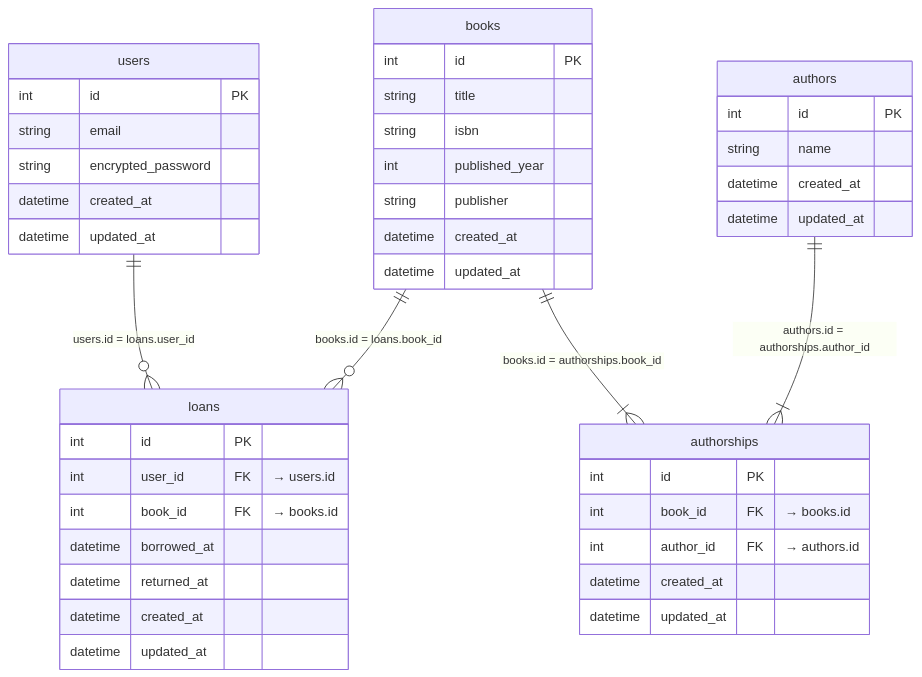
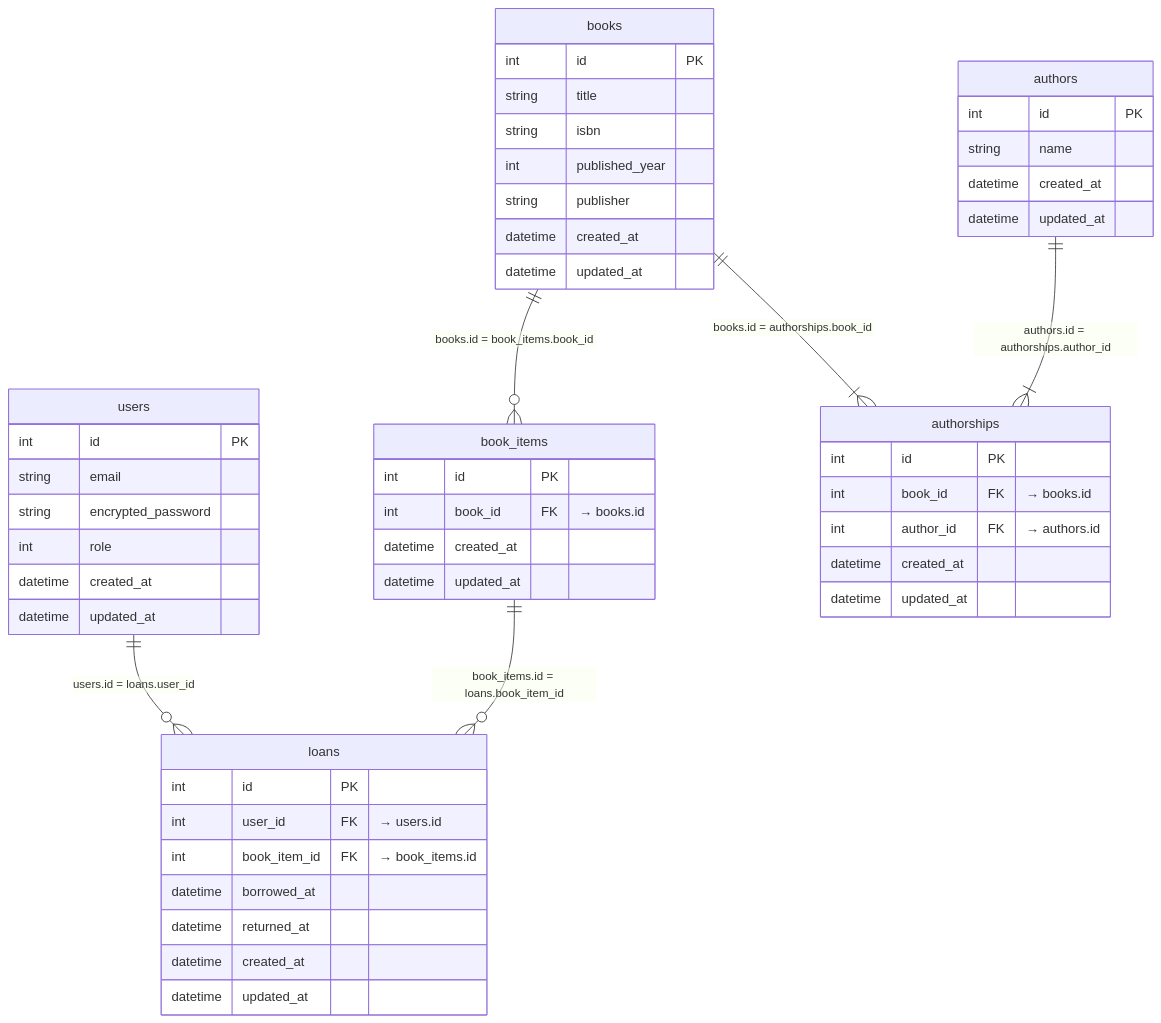
The diagram in README.md (Kyosuke1004/library_management_system), drawn with Mermaid before and after one commit. The commit also changed 1 other file, not shown here.

Commit message:
ログインしていないと貸出ボタンが表示されないように変更．本自体が貸出可能かどうかの状態を表示

````diff
--- a/README.md
+++ b/README.md
@@ -1,50 +1,59 @@
 ```mermaid
 erDiagram
     users ||--o{ loans : "users.id = loans.user_id"
-    books ||--o{ loans : "books.id = loans.book_id"
+    books ||--o{ book_items : "books.id = book_items.book_id"
+    book_items ||--o{ loans : "book_items.id = loans.book_item_id"
     books ||--|{ authorships : "books.id = authorships.book_id"
     authors ||--|{ authorships : "authors.id = authorships.author_id"
-    
+
     users {
         int id PK
         string email
         string encrypted_password
+        int role
         datetime created_at
         datetime updated_at
     }
-    
+
     books {
         int id PK
         string title
         string isbn
         int published_year
         string publisher
         datetime created_at
         datetime updated_at
     }
-    
+
+    book_items {
+        int id PK
+        int book_id FK "→ books.id"
+        datetime created_at
+        datetime updated_at
+    }
+
     authors {
         int id PK
         string name
         datetime created_at
         datetime updated_at
     }
-    
+
     loans {
         int id PK
         int user_id FK "→ users.id"
-        int book_id FK "→ books.id"
+        int book_item_id FK "→ book_items.id"
         datetime borrowed_at
         datetime returned_at
         datetime created_at
         datetime updated_at
     }
-    
+
     authorships {
         int id PK
         int book_id FK "→ books.id"
         int author_id FK "→ authors.id"
         datetime created_at
         datetime updated_at
     }
 ```
````
